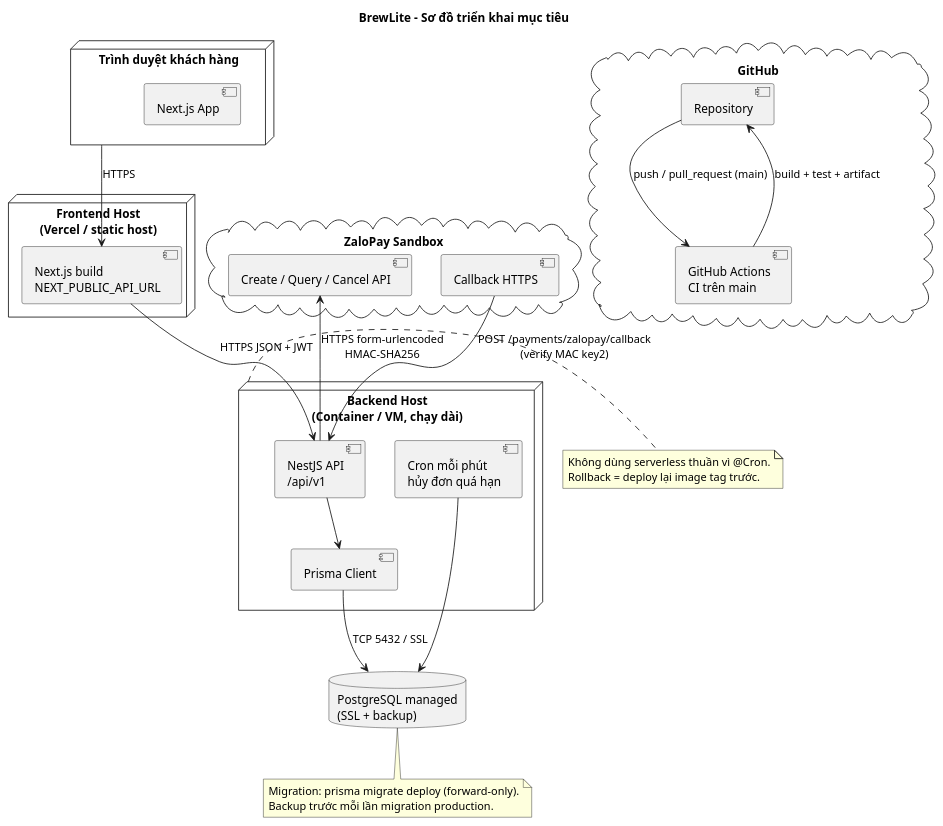
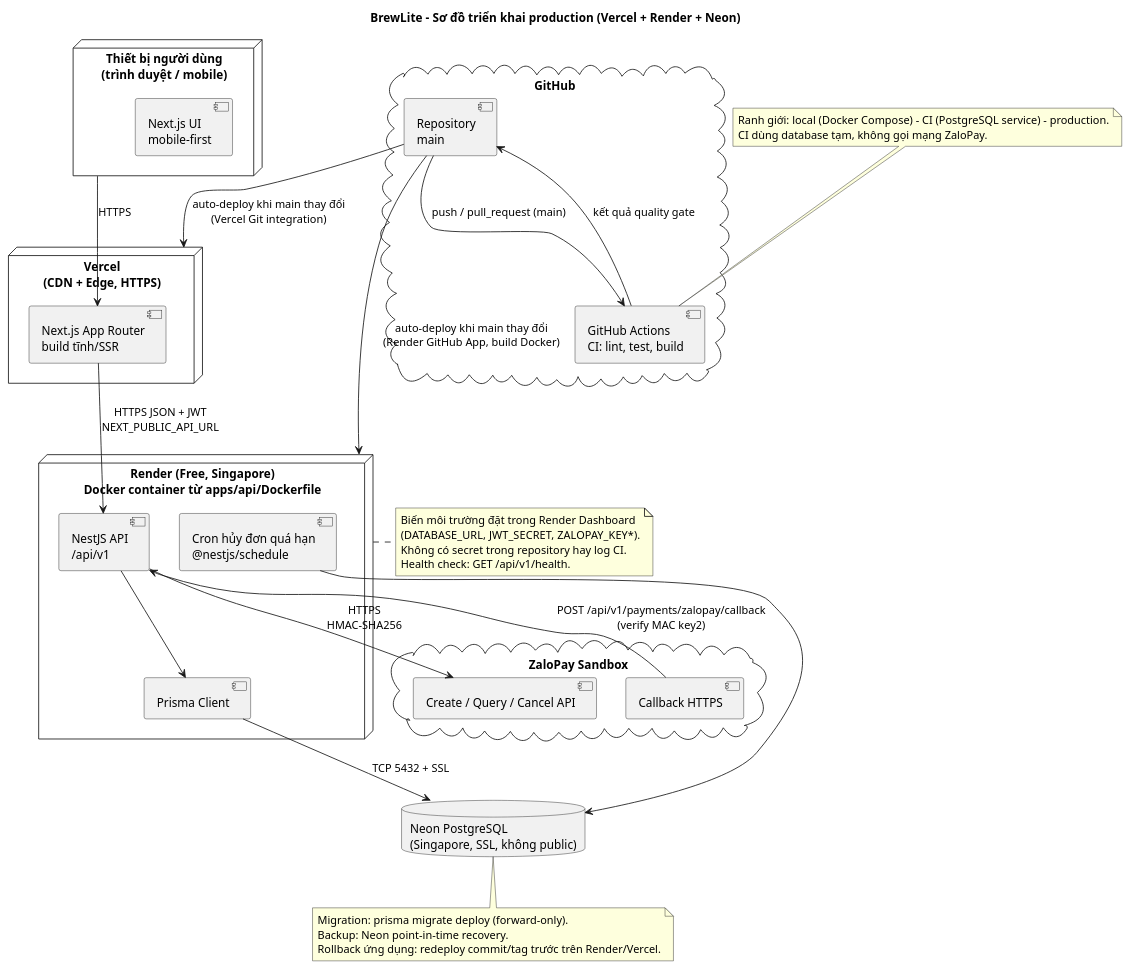
The diagram in docs/architecture/deployment-diagram.puml (Call-MeK/BrewLite_assignment_2), drawn with PlantUML before and after one commit. The commit also changed 41 other files, not shown here.

```diff
--- a/docs/architecture/deployment-diagram.puml
+++ b/docs/architecture/deployment-diagram.puml
@@ -1,51 +1,61 @@
 @startuml BrewLite-Deployment
-title BrewLite – Sơ đồ triển khai mục tiêu
+title BrewLite – Sơ đồ triển khai production (Vercel + Render + Neon)
 
-node "Trình duyệt khách hàng" as Browser {
-  [Next.js App] as WebApp
+node "Thiết bị người dùng\n(trình duyệt / mobile)" as Browser {
+  [Next.js UI\nmobile-first] as WebApp
 }
 
-node "Frontend Host\n(Vercel / static host)" as FE {
-  [Next.js build\nNEXT_PUBLIC_API_URL] as FEApp
+node "Vercel\n(CDN + Edge, HTTPS)" as Vercel {
+  [Next.js App Router\nbuild tĩnh/SSR] as FE
 }
 
-node "Backend Host\n(Container / VM, chạy dài)" as BE {
+node "Render (Free, Singapore)\nDocker container từ apps/api/Dockerfile" as Render {
   [NestJS API\n/api/v1] as API
-  [Cron mỗi phút\nhủy đơn quá hạn] as Cron
+  [Cron hủy đơn quá hạn\n@nestjs/schedule] as Cron
   [Prisma Client] as Prisma
 }
 
-database "PostgreSQL managed\n(SSL + backup)" as DB
+database "Neon PostgreSQL\n(Singapore, SSL, không public)" as DB
 
 cloud "ZaloPay Sandbox" as ZLP {
   [Create / Query / Cancel API] as ZLPAPI
   [Callback HTTPS] as ZLPCB
 }
 
 cloud "GitHub" as GH {
-  [Repository] as Repo
-  [GitHub Actions\nCI trên main] as CI
+  [Repository\nmain] as Repo
+  [GitHub Actions\nCI: lint, test, build] as CI
 }
 
-Browser --> FEApp : HTTPS
-FEApp --> API : HTTPS JSON + JWT
+Browser --> FE : HTTPS
+FE --> API : HTTPS JSON + JWT\nNEXT_PUBLIC_API_URL
 API --> Prisma
-Prisma --> DB : TCP 5432 / SSL
-API --> ZLPAPI : HTTPS form-urlencoded\nHMAC-SHA256
-ZLPCB --> API : POST /payments/zalopay/callback\n(verify MAC key2)
+Prisma --> DB : TCP 5432 + SSL
+API --> ZLPAPI : HTTPS\nHMAC-SHA256
+ZLPCB --> API : POST /api/v1/payments/zalopay/callback\n(verify MAC key2)
 Cron --> DB
 
 Repo --> CI : push / pull_request (main)
-CI --> Repo : build + test + artifact
+CI --> Repo : kết quả quality gate
+Repo --> Render : auto-deploy khi main thay đổi\n(Render GitHub App, build Docker)
+Repo --> Vercel : auto-deploy khi main thay đổi\n(Vercel Git integration)
 
-note right of BE
-  Không dùng serverless thuần vì @Cron.
-  Rollback = deploy lại image tag trước.
+note right of Render
+  Biến môi trường đặt trong Render Dashboard
+  (DATABASE_URL, JWT_SECRET, ZALOPAY_KEY*).
+  Không có secret trong repository hay log CI.
+  Health check: GET /api/v1/health.
 end note
 
 note bottom of DB
   Migration: prisma migrate deploy (forward-only).
-  Backup trước mỗi lần migration production.
+  Backup: Neon point-in-time recovery.
+  Rollback ứng dụng: redeploy commit/tag trước trên Render/Vercel.
+end note
+
+note top of CI
+  Ranh giới: local (Docker Compose) – CI (PostgreSQL service) – production.
+  CI dùng database tạm, không gọi mạng ZaloPay.
 end note
 
 @enduml
```
